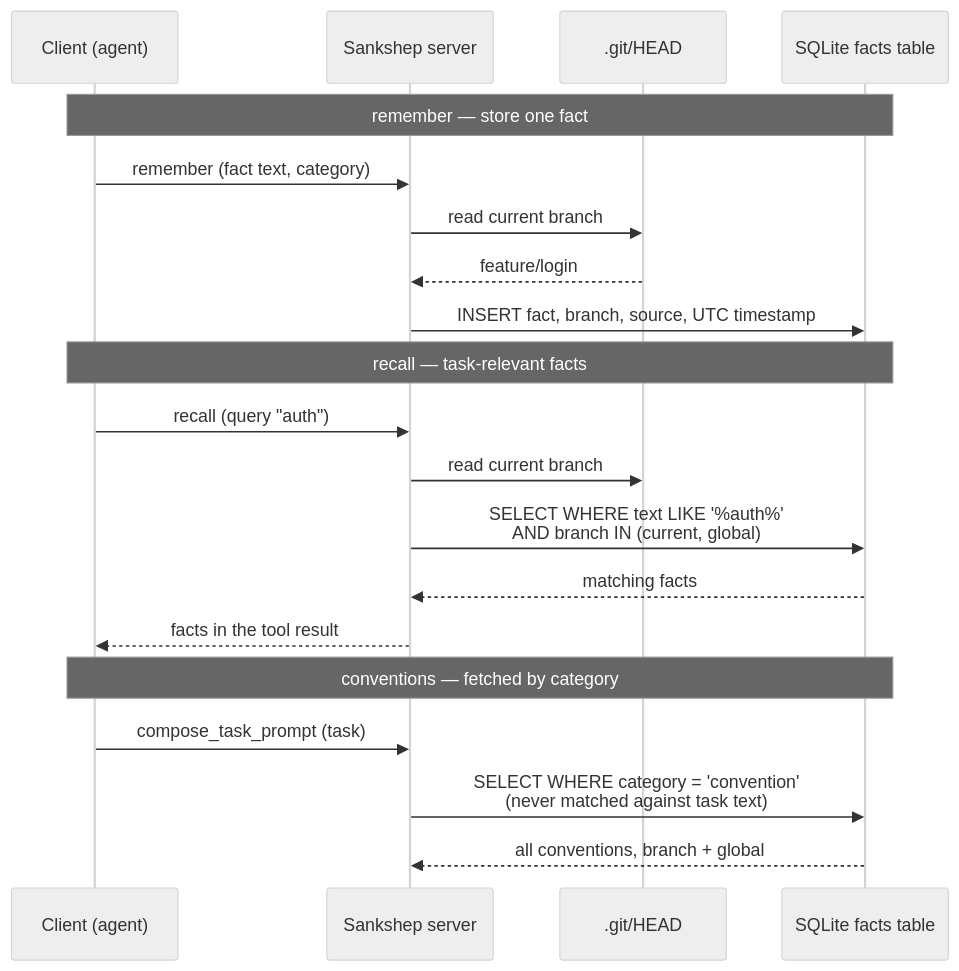
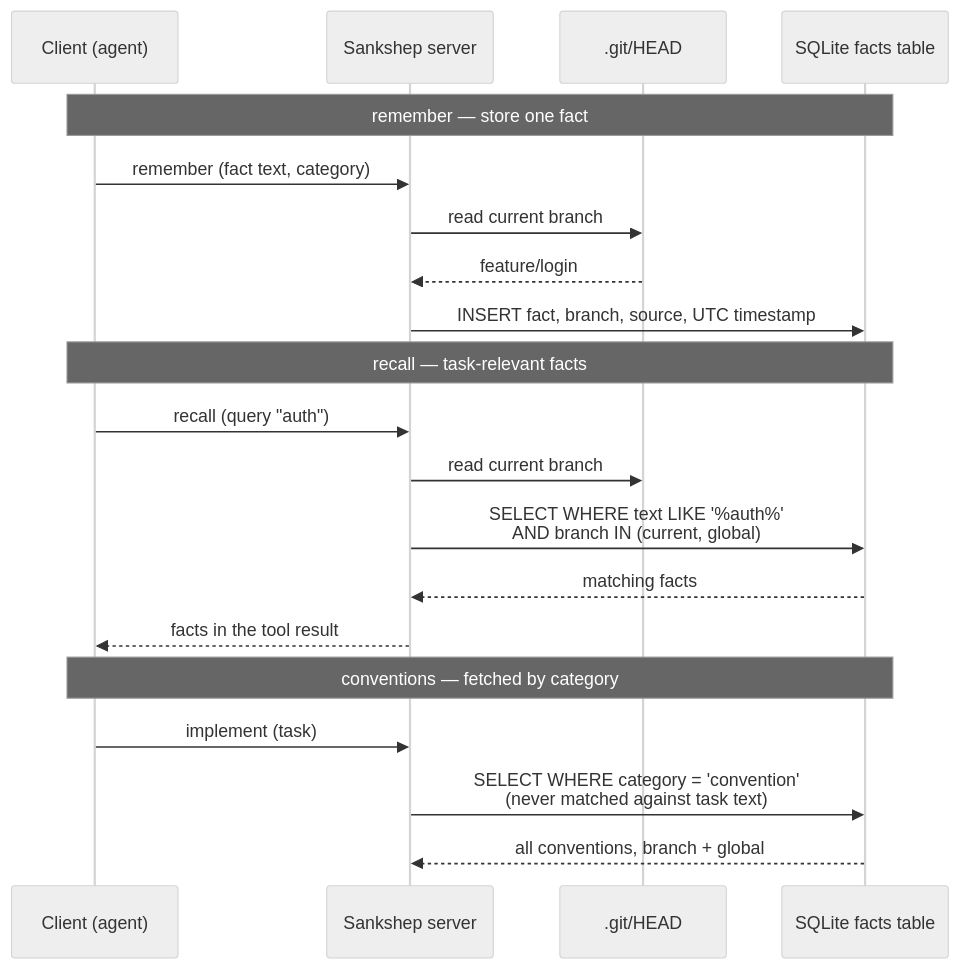
The second of 2 diagrams in docs/part2-context/persistent-memory.md (nitinpawar28/AI-learn), drawn with Mermaid (neutral theme) before and after one commit. The commit also changed other lines of this file and 29 other files, not shown here.

````diff
--- a/docs/part2-context/persistent-memory.md
+++ b/docs/part2-context/persistent-memory.md
@@ -126,25 +128,25 @@
 ```mermaid
 sequenceDiagram
     participant C as Client (agent)
     participant S as Sankshep server
     participant H as .git/HEAD
     participant DB as SQLite facts table
 
     Note over C,DB: remember — store one fact
     C->>S: remember (fact text, category)
     S->>H: read current branch
     H-->>S: feature/login
     S->>DB: INSERT fact, branch, source, UTC timestamp
 
     Note over C,DB: recall — task-relevant facts
     C->>S: recall (query "auth")
     S->>H: read current branch
     S->>DB: SELECT WHERE text LIKE '%auth%'<br/>AND branch IN (current, global)
     DB-->>S: matching facts
     S-->>C: facts in the tool result
 
     Note over C,DB: conventions — fetched by category
-    C->>S: compose_task_prompt (task)
+    C->>S: implement (task)
     S->>DB: SELECT WHERE category = 'convention'<br/>(never matched against task text)
     DB-->>S: all conventions, branch + global
 ```
````
